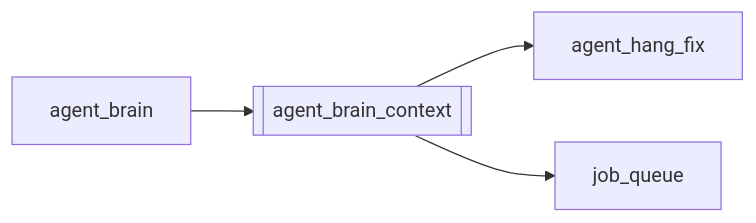
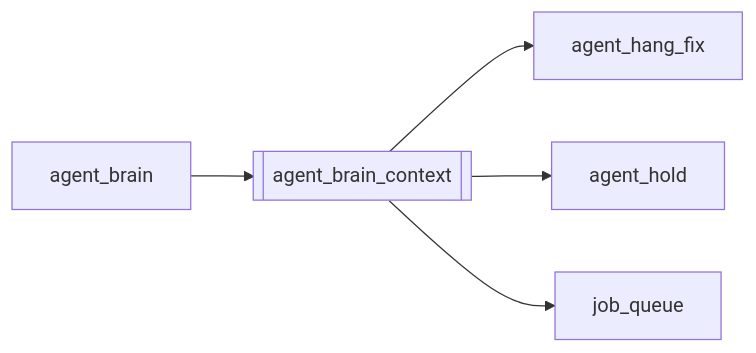
One commit to kjza178/PineLineV4 changed the diagram in docs/brain/modules/agent_brain_context.md. Above: the diagram before and after it, drawn with Mermaid. The commit also changed other lines of this file and 200 other files, not shown here.

````diff
--- a/docs/brain/modules/agent_brain_context.md
+++ b/docs/brain/modules/agent_brain_context.md
@@ -16,7 +16,8 @@
 ```mermaid
 flowchart LR
   agent_brain_context[[agent_brain_context]]
   agent_brain[agent_brain] --> agent_brain_context
   agent_brain_context --> agent_hang_fix[agent_hang_fix]
+  agent_brain_context --> agent_hold[agent_hold]
   agent_brain_context --> job_queue[job_queue]
 ```
````
